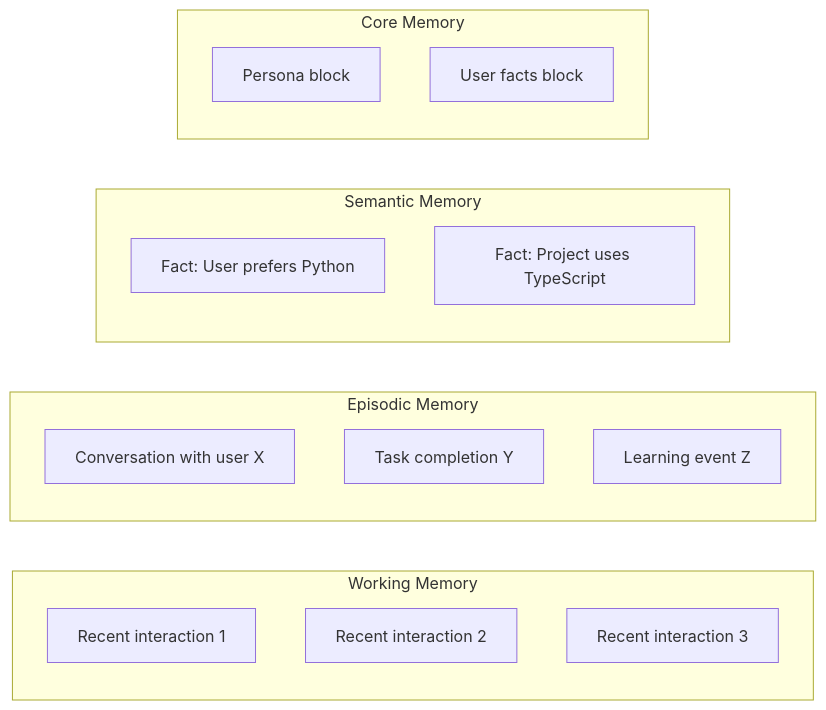
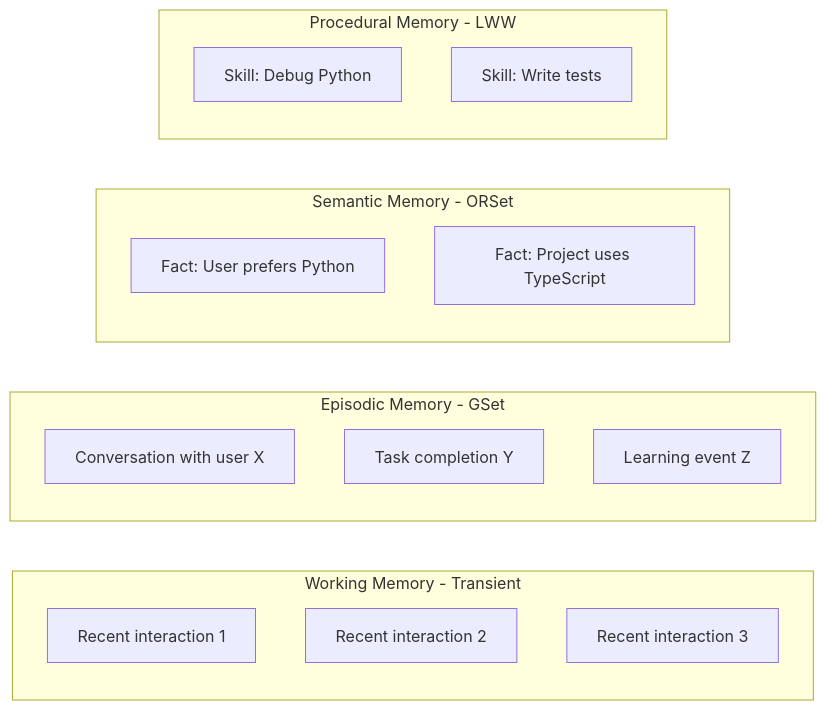
One commit to Replicant-Partners/Chrysalis changed the second of 7 diagrams in docs/architecture/memory-system.md. Above: the diagram before and after it, drawn with Mermaid. The commit also changed other lines of this file and 429 other files, not shown here.

First line of the commit message:
Major refactoring: Restructure codebase and add new architectural components

````diff
--- a/docs/architecture/memory-system.md
+++ b/docs/architecture/memory-system.md
@@ -57,24 +94,24 @@
 ```mermaid
 flowchart LR
-    subgraph Working[Working Memory]
+    subgraph Working[Working Memory - Transient]
         W1[Recent interaction 1]
         W2[Recent interaction 2]
         W3[Recent interaction 3]
     end
-    
-    subgraph Episodic[Episodic Memory]
+
+    subgraph Episodic[Episodic Memory - GSet]
         E1[Conversation with user X]
         E2[Task completion Y]
         E3[Learning event Z]
     end
-    
-    subgraph Semantic[Semantic Memory]
+
+    subgraph Semantic[Semantic Memory - ORSet]
         S1[Fact: User prefers Python]
         S2[Fact: Project uses TypeScript]
     end
-    
-    subgraph Core[Core Memory]
-        C1[Persona block]
-        C2[User facts block]
+
+    subgraph Procedural[Procedural Memory - LWW]
+        P1[Skill: Debug Python]
+        P2[Skill: Write tests]
     end
 ```
````
